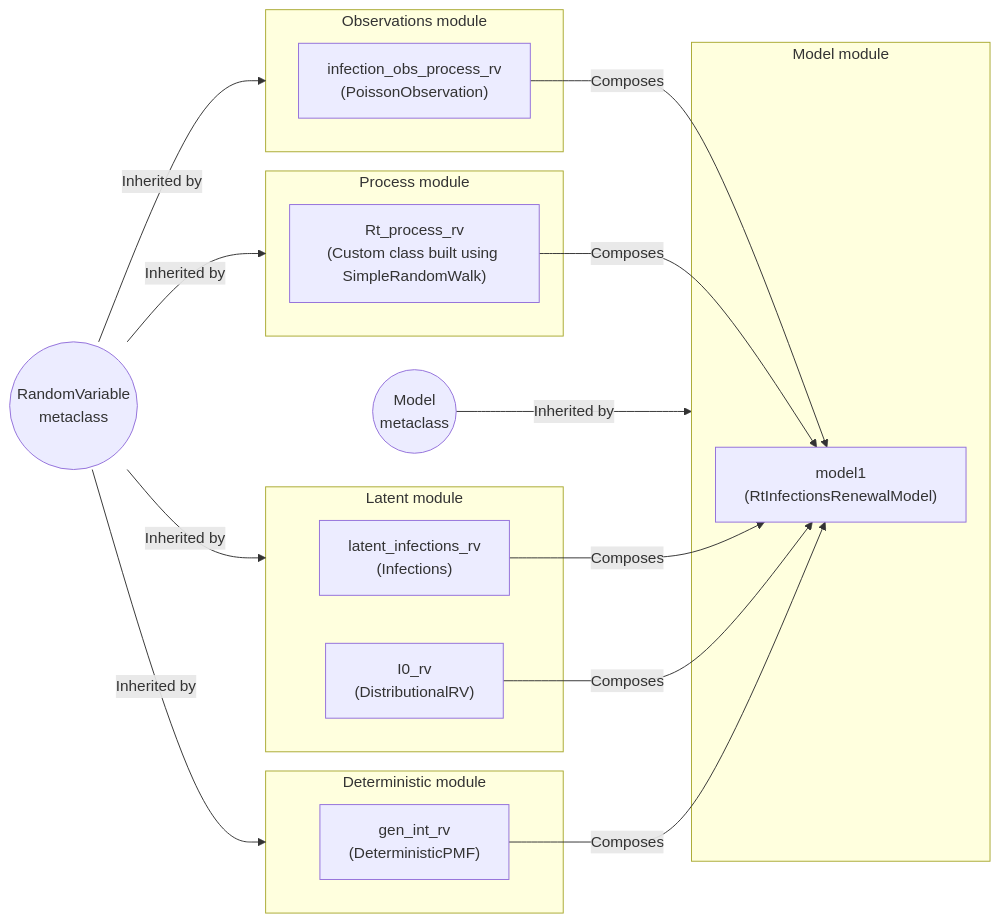
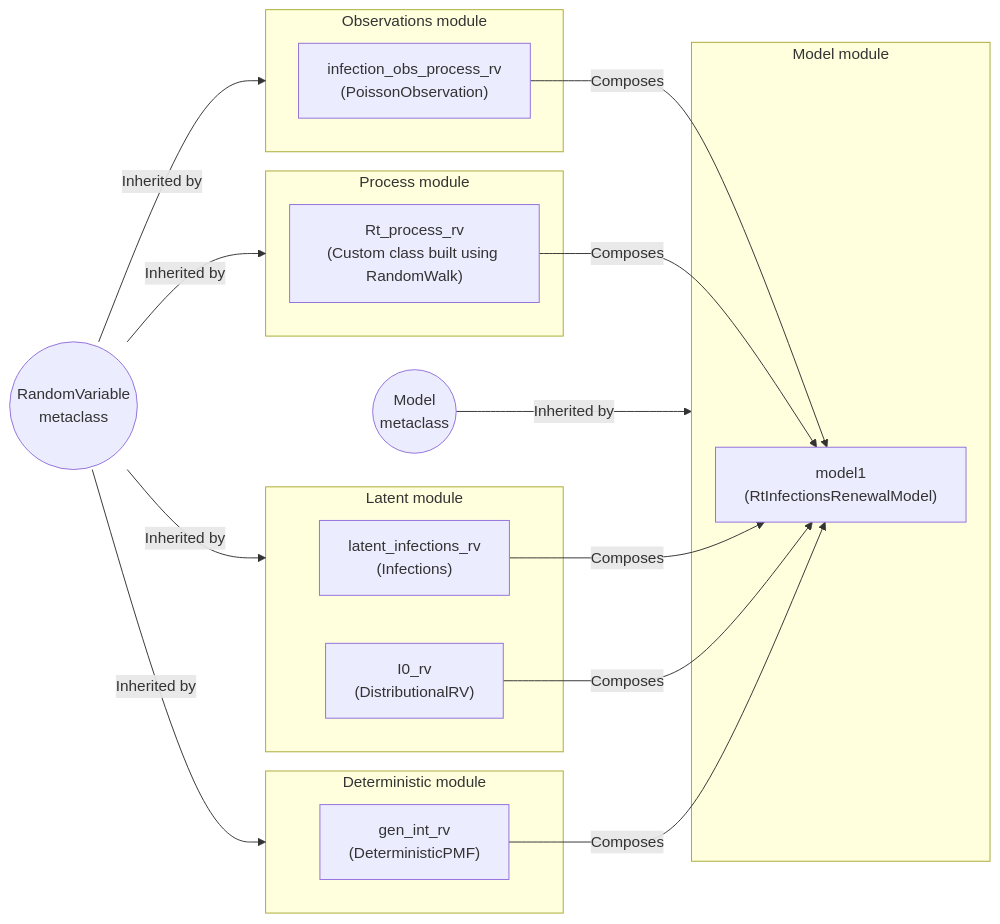
The first of 2 diagrams in docs/source/tutorials/basic_renewal_model.qmd (CDCgov/PyRenew), drawn with Mermaid before and after one commit. The commit also changed 3 other files, not shown here.

````diff
--- a/docs/source/tutorials/basic_renewal_model.qmd
+++ b/docs/source/tutorials/basic_renewal_model.qmd
@@ -54,40 +54,40 @@
 ```mermaid
 %%| label: overview-of-RtInfectionsRenewalModel
 %%| include: true
 flowchart LR
     rand((RandomVariable\nmetaclass))
     models((Model\nmetaclass))
 
     subgraph observations[Observations module]
         obs["infection_obs_process_rv\n(PoissonObservation)"]
     end
 
     subgraph latent[Latent module]
         inf["latent_infections_rv\n(Infections)"]
         i0["I0_rv\n(DistributionalRV)"]
     end
 
     subgraph process[Process module]
-        rt["Rt_process_rv\n(Custom class built using SimpleRandomWalk)"]
+        rt["Rt_process_rv\n(Custom class built using RandomWalk)"]
     end
 
     subgraph deterministic[Deterministic module]
         detpmf["gen_int_rv\n(DeterministicPMF)"]
     end
 
     subgraph model[Model module]
         model1["model1\n(RtInfectionsRenewalModel)"]
     end
 
     rand-->|Inherited by|observations
     rand-->|Inherited by|process
     rand-->|Inherited by|latent
     rand-->|Inherited by|deterministic
     models-->|Inherited by|model
 
     detpmf-->|Composes|model1
     i0-->|Composes|model1
     rt-->|Composes|model1
     obs-->|Composes|model1
     inf-->|Composes|model1
 ```
````
